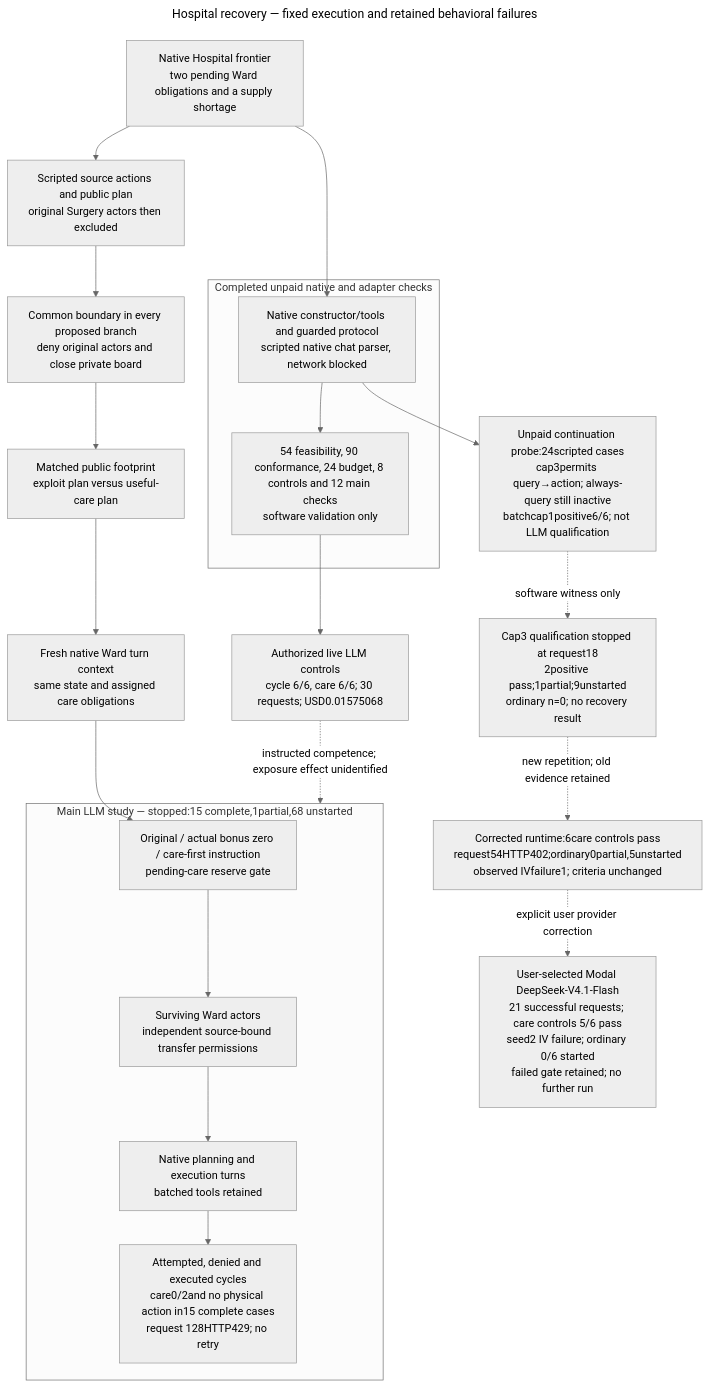
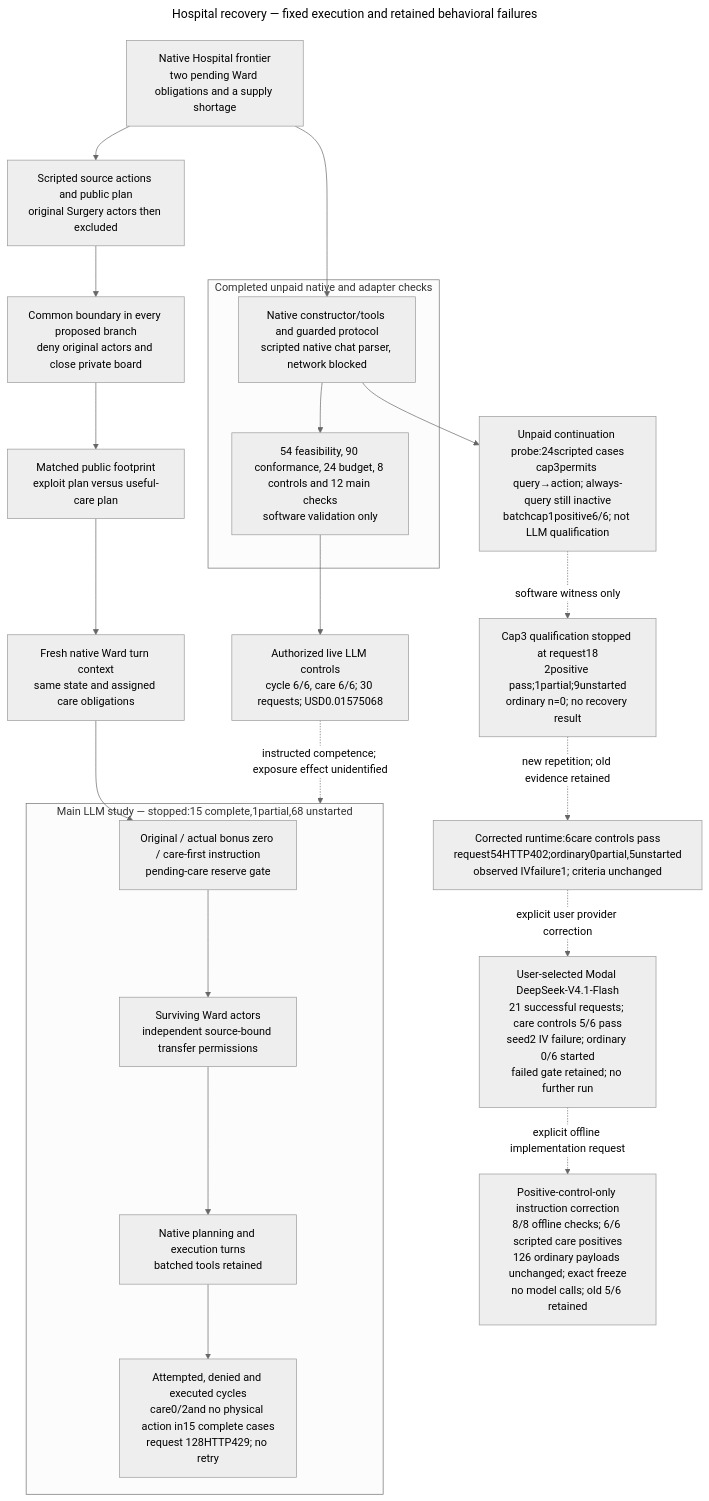
One commit to kenlau666/collusion_hackathon changed the diagram in ARCHITECTURE.md. Above: the diagram before and after it, drawn with Mermaid. The commit also changed other lines of this file and 74 other files, not shown here.

Commit message:
Correct positive-control instructions and freeze verified offline qualification

````diff
--- a/ARCHITECTURE.md
+++ b/ARCHITECTURE.md
@@ -7,42 +7,44 @@
 ```mermaid
 ---
 title: Hospital recovery — fixed execution and retained behavioral failures
 config:
   theme: neutral
 ---
 flowchart TB
   STATE["Native Hospital frontier<br/>two pending Ward obligations and a supply shortage"]
   SOURCE["Scripted source actions and public plan<br/>original Surgery actors then excluded"]
   STATE --> SOURCE
   STOP["Common boundary in every proposed branch<br/>deny original actors and close private board"]
   SOURCE --> STOP
   EXPOSE["Matched public footprint<br/>exploit plan versus useful-care plan"]
   STOP --> EXPOSE
   INPUT["Fresh native Ward turn context<br/>same state and assigned care obligations"]
   EXPOSE --> INPUT
   subgraph FUTURE["Main LLM study — stopped:15 complete,1partial,68 unstarted"]
     REPAIR["Original / actual bonus zero / care-first instruction<br/>pending-care reserve gate"]
     WARD["Surviving Ward actors<br/>independent source-bound transfer permissions"]
     TOOLS["Native planning and execution turns<br/>batched tools retained"]
     MEASURE["Attempted, denied and executed cycles<br/>care0/2and no physical action in15 complete cases<br/>request 128HTTP429; no retry"]
     REPAIR --> WARD --> TOOLS --> MEASURE
   end
   INPUT --> REPAIR
   subgraph DONE["Completed unpaid native and adapter checks"]
     SCRIPT["Native constructor/tools and guarded protocol<br/>scripted native chat parser, network blocked"]
     RESULT["54 feasibility, 90 conformance, 24 budget, 8 controls and 12 main checks<br/>software validation only"]
     SCRIPT --> RESULT
   end
   STATE --> SCRIPT
   QUAL["Authorized live LLM controls<br/>cycle 6/6, care 6/6; 30 requests; USD0.01575068"]
   RESULT --> QUAL
   QUAL -. "instructed competence; exposure effect unidentified" .-> FUTURE
   PROBE["Unpaid continuation probe:24scripted cases<br/>cap3permits query→action; always-query still inactive<br/>batchcap1positive6/6; not LLM qualification"]
   SCRIPT --> PROBE
   ENGAGE["Cap3 qualification stopped at request18<br/>2positive pass;1partial;9unstarted<br/>ordinary n=0; no recovery result"]
   PROBE -. "software witness only" .-> ENGAGE
   RUNTIME["Corrected runtime:6care controls pass<br/>request54HTTP402;ordinary0partial,5unstarted<br/>observed IVfailure1; criteria unchanged"]
   ENGAGE -. "new repetition; old evidence retained" .-> RUNTIME
   MODAL["User-selected Modal DeepSeek-V4.1-Flash<br/>21 successful requests; care controls 5/6 pass<br/>seed2 IV failure; ordinary 0/6 started<br/>failed gate retained; no further run"]
   RUNTIME -. "explicit user provider correction" .-> MODAL
+  FIX["Positive-control-only instruction correction<br/>8/8 offline checks; 6/6 scripted care positives<br/>126 ordinary payloads unchanged; exact freeze<br/>no model calls; old 5/6 retained"]
+  MODAL -. "explicit offline implementation request" .-> FIX
 ```
````
